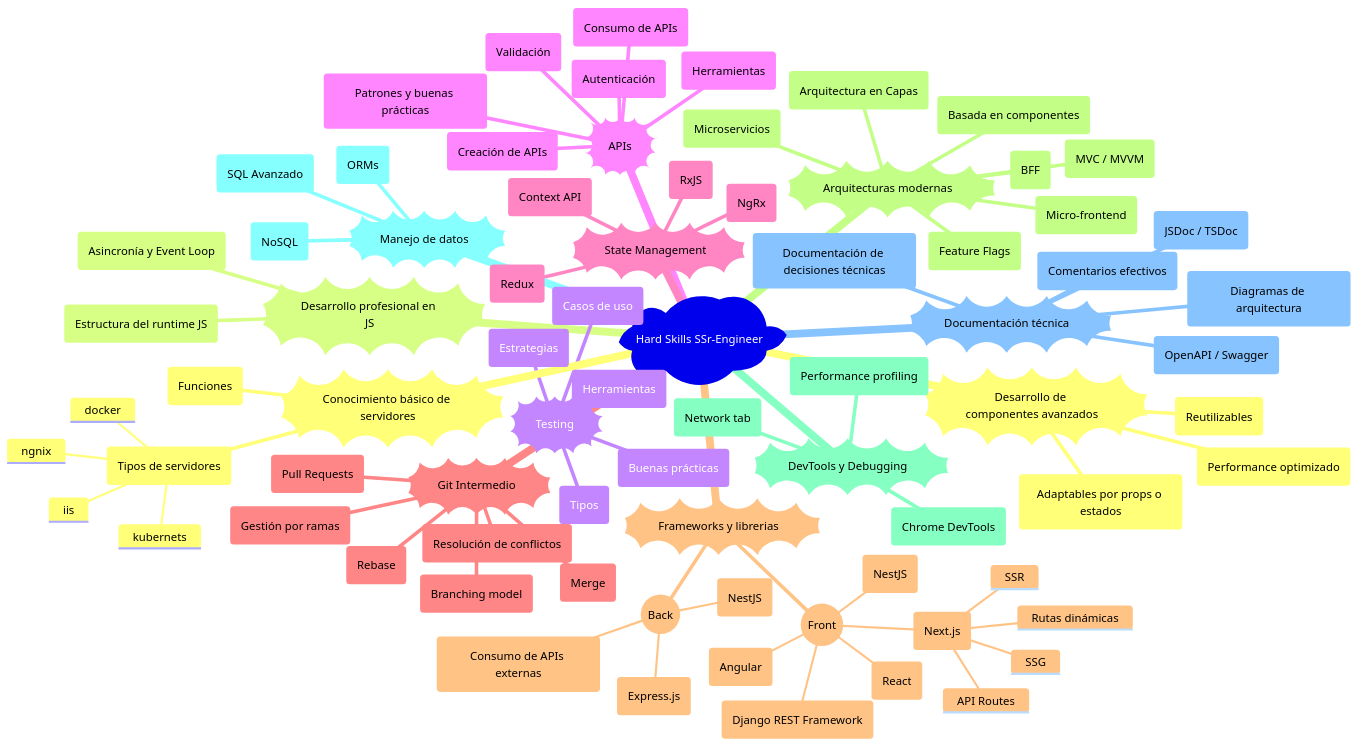
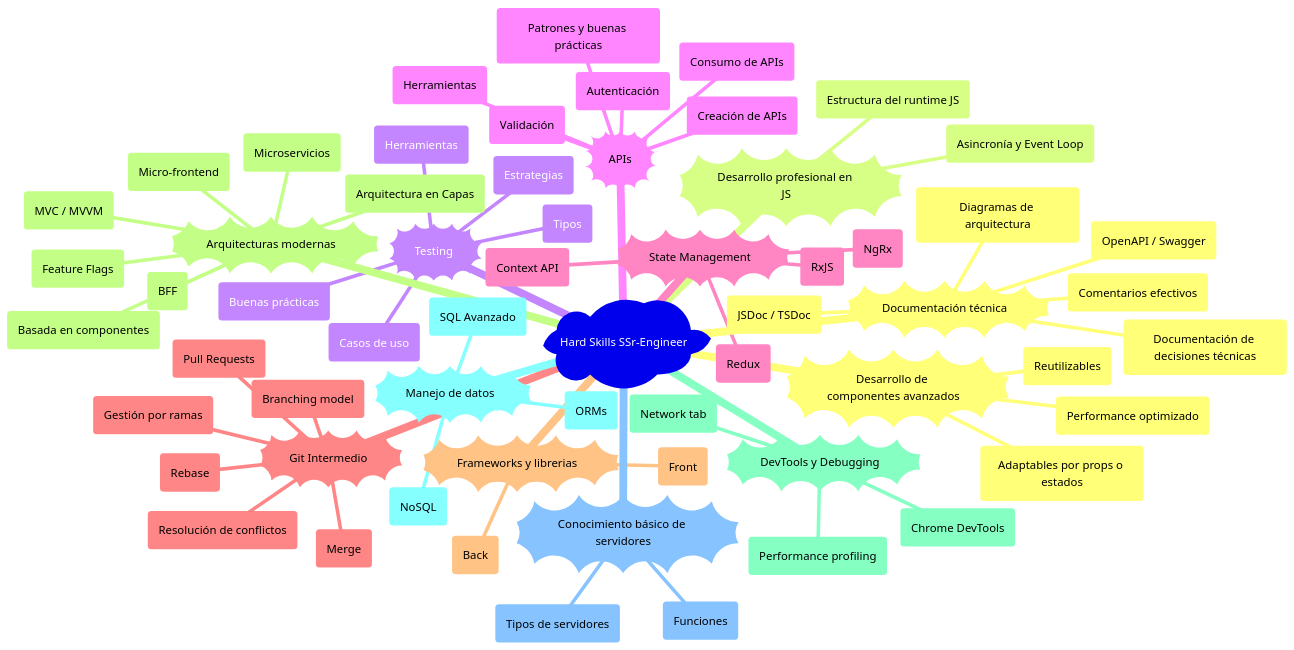
Before and after one commit to EdgarRangelInnovate/EdgarRangelInnovate: the first of 15 diagrams in knowledge/tech/ssr-engineer.md, drawn with Mermaid. The commit also changed other lines of this file, not shown here.

Commit message:
📄Refactor SSr-Engineer documentation: streamline sections, enhance structure, and improve clarity on advanced components, state management, and testing strategies.

````diff
--- a/knowledge/tech/ssr-engineer.md
+++ b/knowledge/tech/ssr-engineer.md
@@ -11,80 +11,64 @@
 ```mermaid
 mindmap
   root(Hard Skills SSr-Engineer))
     ))Desarrollo de componentes avanzados((
       (Reutilizables)
       (Performance optimizado)
       (Adaptables por props o estados)
     ))Desarrollo profesional en JS((  
       (Asincronía y Event Loop)
       (Estructura del runtime JS)
     ))Testing((
       (Tipos)
       (Herramientas)
       (Buenas prácticas)
       (Casos de uso)
       (Estrategias)
     ))APIs((
       (Consumo de APIs)
       (Creación de APIs)
       (Autenticación)
       (Validación)
       (Herramientas)
       (Patrones y buenas prácticas)
     ))State Management((
       (Context API)
       (Redux)
       (RxJS)
       (NgRx)
     ))Git Intermedio((
       (Branching model)
       (Merge)
       (Rebase)
       (Pull Requests)
       (Resolución de conflictos)
       (Gestión por ramas)
     ))Frameworks y librerias((
-      ((Front))
-        (NestJS)
-        (Django REST Framework)
-        (React)
-        (Angular)
-        (Next.js)
-          SSR
-          SSG
-          Rutas dinámicas
-          API Routes
-      ((Back))
-        (Express.js)
-        (NestJS)
-        (Consumo de APIs externas)
+      (Front)
+      (Back)
     ))Arquitecturas modernas((
       (MVC / MVVM)
       (Arquitectura en Capas)
       (Microservicios)
       (Micro-frontend)
       (BFF)
       (Feature Flags)
       (Basada en componentes)
     ))DevTools y Debugging((
       (Chrome DevTools)
       (Network tab)
       (Performance profiling)
     ))Manejo de datos((
       (SQL Avanzado)
       (NoSQL)
       (ORMs)
+    ))Conocimiento básico de servidores((
+      (Tipos de servidores)
+      (Funciones)
     ))Documentación técnica((
       (OpenAPI / Swagger)
       (JSDoc / TSDoc)
       (Diagramas de arquitectura)
       (Comentarios efectivos)
       (Documentación de decisiones técnicas)
-    ))Conocimiento básico de servidores((
-      (Tipos de servidores)
-        ngnix
-        docker
-        kubernets
-        iis
-      (Funciones)
 ```
````
